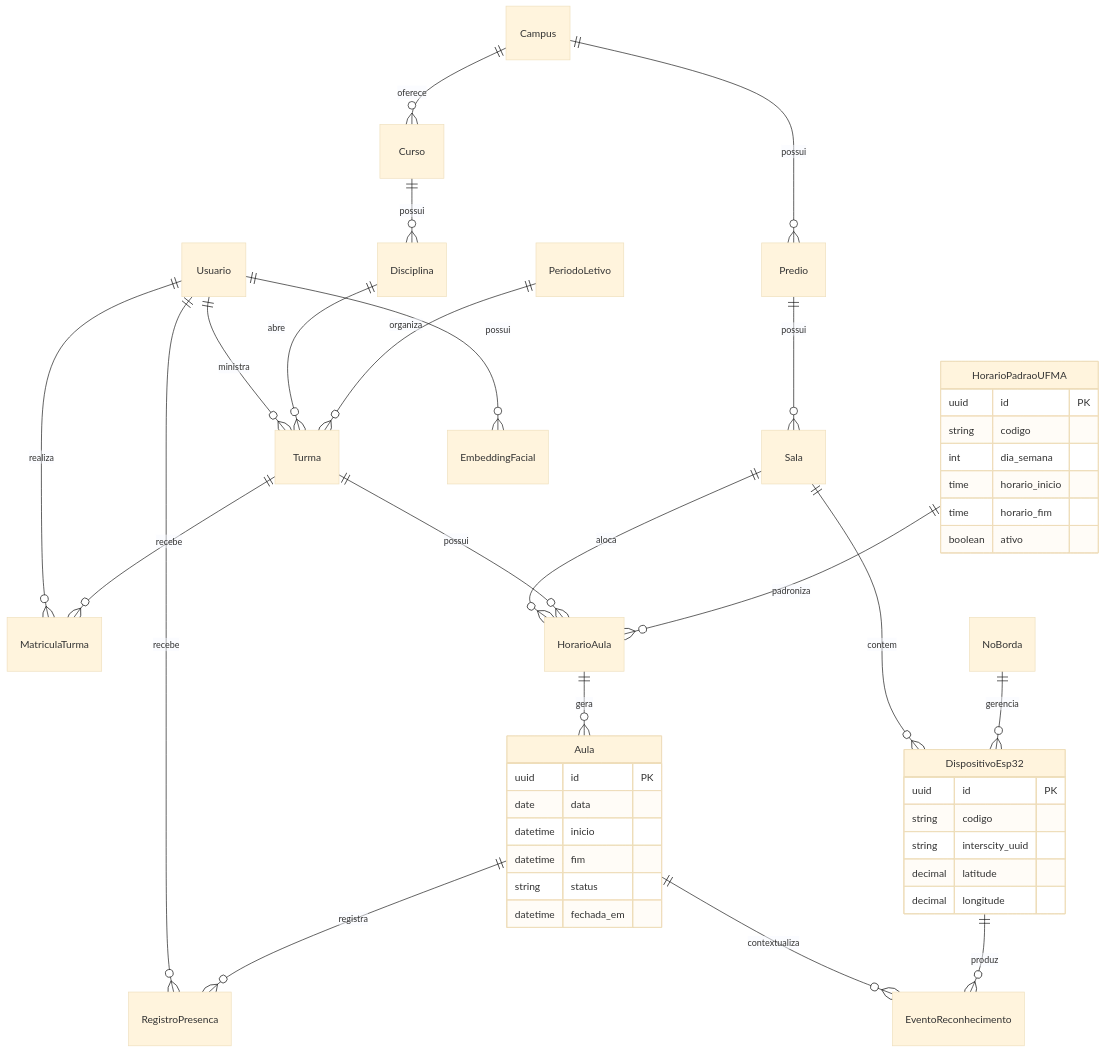
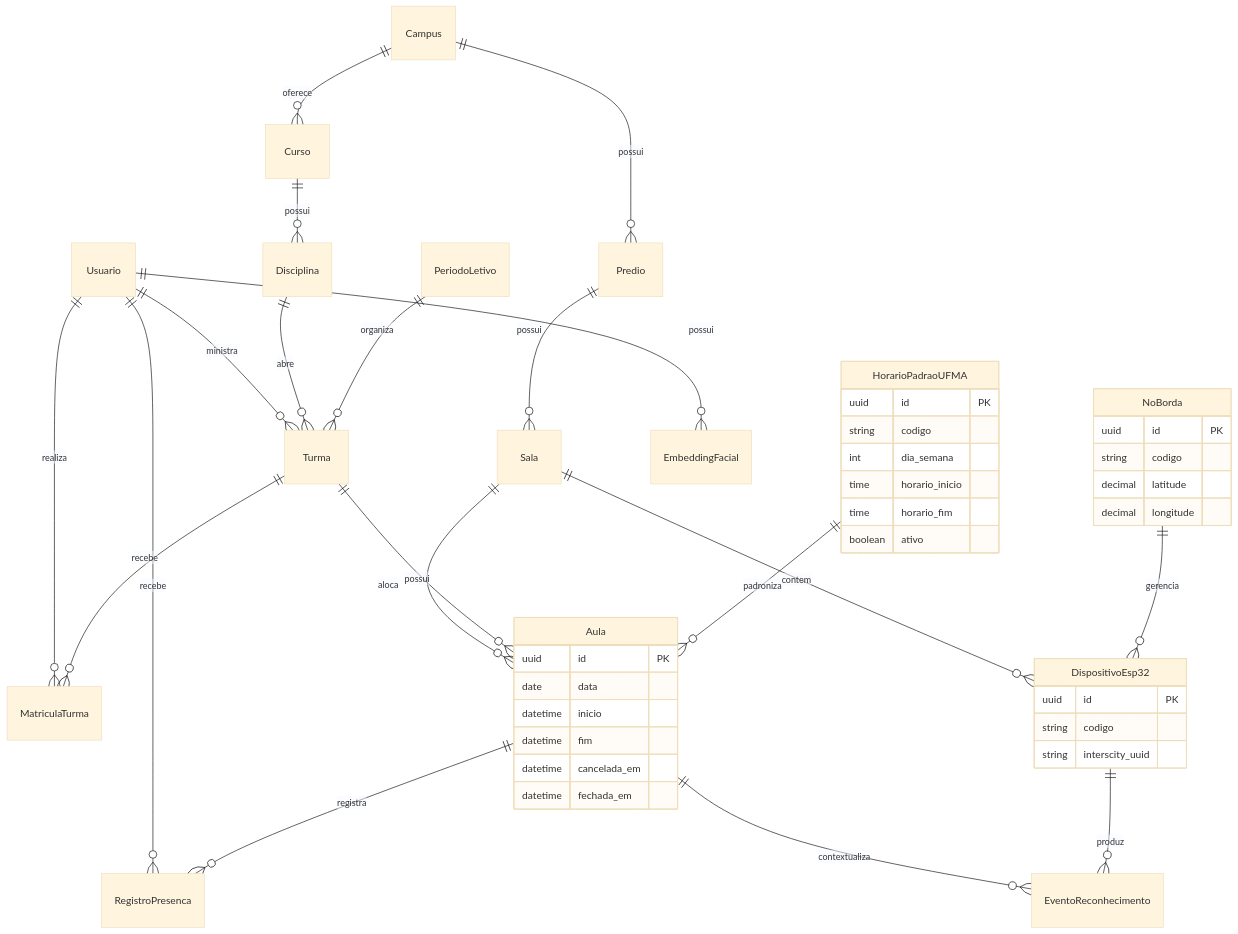
One commit to DanielKGM/autoponto changed the second of 10 diagrams in autoponto-backend/docs/diagramas-tcc.md. Above: the diagram before and after it, drawn with Mermaid (base theme). The commit also changed other lines of this file and 17 other files, not shown here.

First line of the commit message:
Refactor API documentation and frontend structure; update requirements and improve user flows

````diff
--- a/autoponto-backend/docs/diagramas-tcc.md
+++ b/autoponto-backend/docs/diagramas-tcc.md
@@ -24,49 +24,53 @@
 ```mermaid
 erDiagram
     Campus ||--o{ Predio : possui
     Predio ||--o{ Sala : possui
     Campus ||--o{ Curso : oferece
     Curso ||--o{ Disciplina : possui
     PeriodoLetivo ||--o{ Turma : organiza
     Disciplina ||--o{ Turma : abre
     Usuario ||--o{ Turma : ministra
     Turma ||--o{ MatriculaTurma : recebe
     Usuario ||--o{ MatriculaTurma : realiza
-    HorarioPadraoUFMA ||--o{ HorarioAula : padroniza
-    Turma ||--o{ HorarioAula : possui
-    Sala ||--o{ HorarioAula : aloca
-    HorarioAula ||--o{ Aula : gera
+    HorarioPadraoUFMA ||--o{ Aula : padroniza
+    Turma ||--o{ Aula : possui
+    Sala ||--o{ Aula : aloca
     Aula ||--o{ RegistroPresenca : registra
     Usuario ||--o{ RegistroPresenca : recebe
     NoBorda ||--o{ DispositivoEsp32 : gerencia
     Sala ||--o{ DispositivoEsp32 : contem
     DispositivoEsp32 ||--o{ EventoReconhecimento : produz
     Aula ||--o{ EventoReconhecimento : contextualiza
     Usuario ||--o{ EmbeddingFacial : possui
 
     HorarioPadraoUFMA {
         uuid id PK
         string codigo
         int dia_semana
         time horario_inicio
         time horario_fim
         boolean ativo
     }
 
     Aula {
         uuid id PK
         date data
         datetime inicio
         datetime fim
-        string status
+        datetime cancelada_em
         datetime fechada_em
+    }
+
+    NoBorda {
+        uuid id PK
+        string codigo
+        decimal latitude
+        decimal longitude
     }
 
     DispositivoEsp32 {
         uuid id PK
         string codigo
         string interscity_uuid
-        decimal latitude
-        decimal longitude
     }
 ```
````
